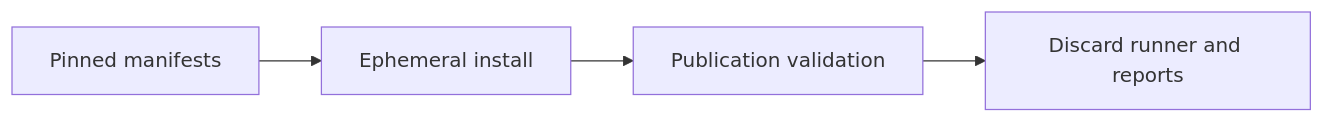
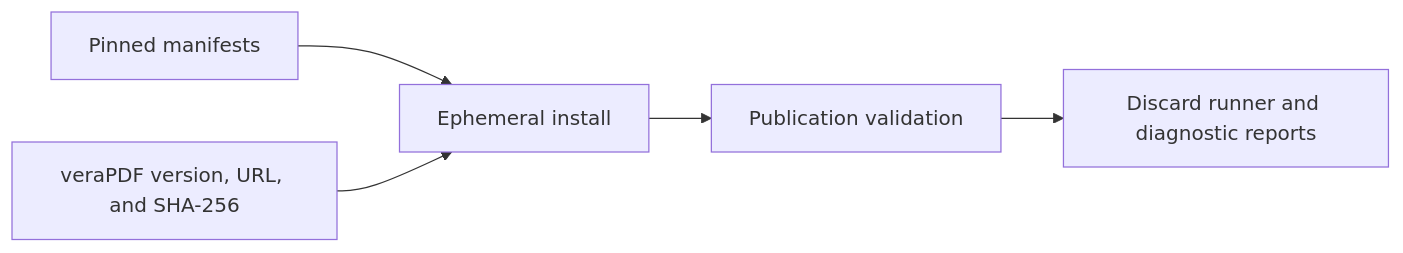
The first of 5 diagrams in ci/AGENTS.md (streamentry/streamentry), drawn with Mermaid before and after one commit. The commit also changed other lines of this file and 12 other files, not shown here.

Commit message:
Validate PDF/UA with pinned veraPDF

````diff
--- a/ci/AGENTS.md
+++ b/ci/AGENTS.md
@@ -18,6 +19,7 @@
 ```mermaid
 flowchart LR
   P["Pinned manifests"] --> I["Ephemeral install"]
-  I --> V["Publication validation"]
-  V --> X["Discard runner and reports"]
+  K["veraPDF version, URL, and SHA-256"] --> I
+  I --> G["Publication validation"]
+  G --> X["Discard runner and diagnostic reports"]
 ```
````
